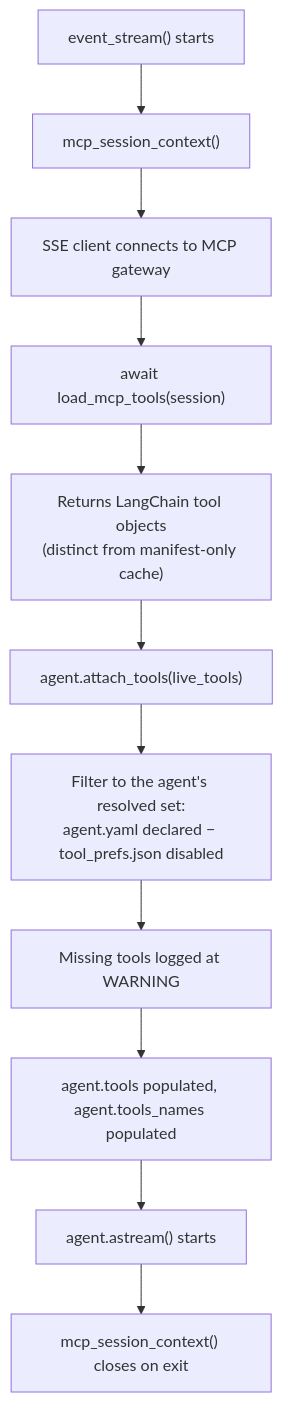
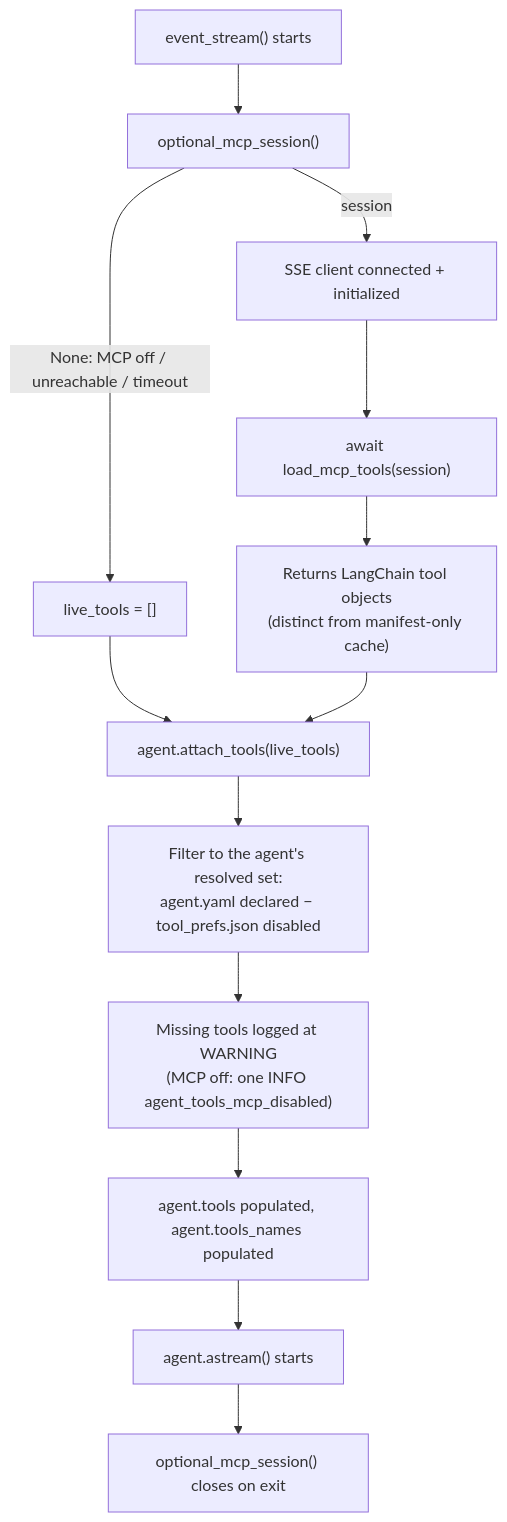
The third of 10 diagrams in docs/development/retrieval-and-tools.md (konstantinosmpouros/mAgenticX), drawn with Mermaid before and after one commit. The commit also changed other lines of this file and 31 other files, not shown here.

````diff
--- a/docs/development/retrieval-and-tools.md
+++ b/docs/development/retrieval-and-tools.md
@@ -115,13 +119,15 @@
 ```mermaid
 flowchart TD
-    A["event_stream() starts"] --> B["mcp_session_context()"]
-    B --> C["SSE client connects to MCP gateway"]
+    A["event_stream() starts"] --> B["optional_mcp_session()"]
+    B -->|"session"| C["SSE client connected + initialized"]
+    B -->|"None: MCP off / unreachable / timeout"| N["live_tools = []"]
+    N --> F
     C --> D["await load_mcp_tools(session)"]
     D --> E["Returns LangChain tool objects\n(distinct from manifest-only cache)"]
     E --> F["agent.attach_tools(live_tools)"]
     F --> G["Filter to the agent's resolved set:\nagent.yaml declared − tool_prefs.json disabled"]
-    G --> H["Missing tools logged at WARNING"]
+    G --> H["Missing tools logged at WARNING\n(MCP off: one INFO agent_tools_mcp_disabled)"]
     H --> I["agent.tools populated, agent.tools_names populated"]
     I --> J["agent.astream() starts"]
-    J --> K["mcp_session_context() closes on exit"]
+    J --> K["optional_mcp_session() closes on exit"]
 ```
````
